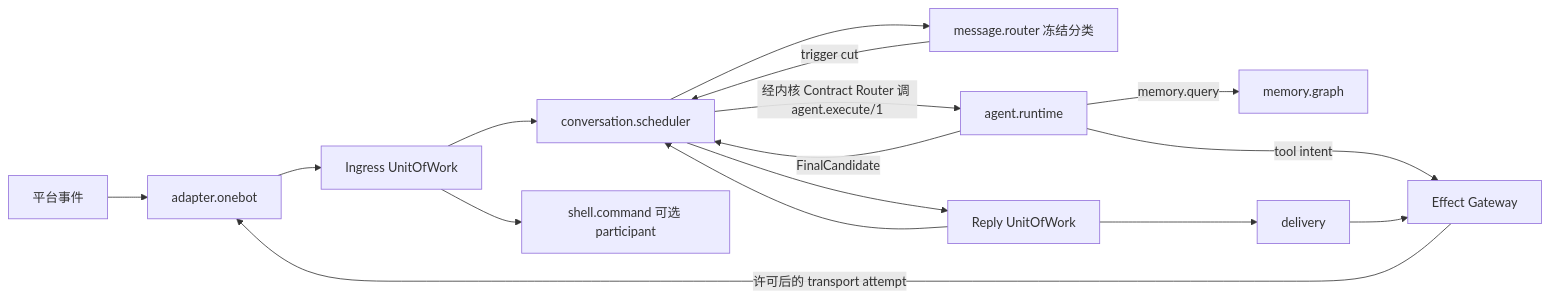
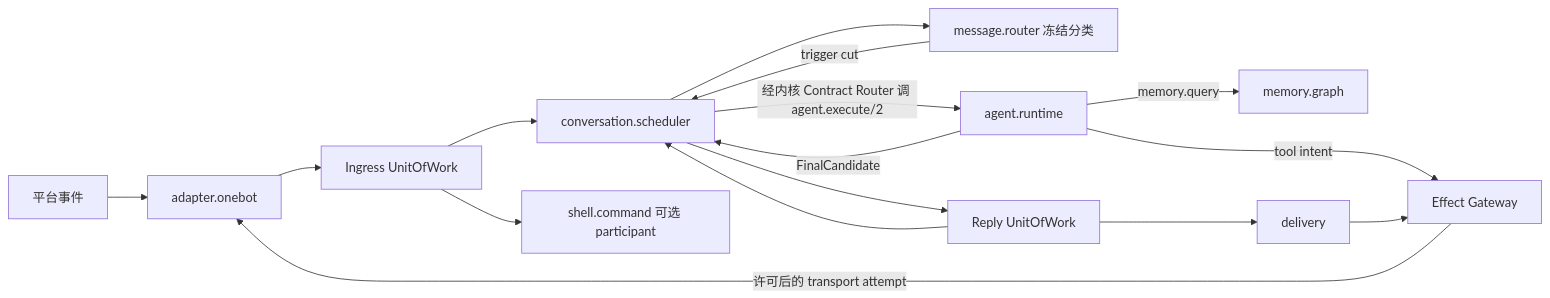
Before and after one commit to sjrsjz/forest: the diagram in doc/00-architecture-contract.md, drawn with Mermaid. The commit also changed 1 other file, not shown here.

Commit message:
docs(agent): replace host callbacks with package contracts

````diff
--- a/doc/00-architecture-contract.md
+++ b/doc/00-architecture-contract.md
@@ -107,18 +107,18 @@
 ```mermaid
 flowchart LR
   P[平台事件] --> A[adapter.onebot]
   A --> U1[Ingress UnitOfWork]
   U1 --> C[conversation.scheduler]
   U1 --> S[shell.command 可选 participant]
   C --> R[message.router 冻结分类]
   R -->|trigger cut| C
-  C -->|经内核 Contract Router 调 agent.execute/1| G[agent.runtime]
+  C -->|经内核 Contract Router 调 agent.execute/2| G[agent.runtime]
   G -->|memory.query| M[memory.graph]
   G -->|tool intent| E[Effect Gateway]
   G -->|FinalCandidate| C
   C --> U2[Reply UnitOfWork]
   U2 --> C
   U2 --> D[delivery]
   D --> E
   E -->|许可后的 transport attempt| A
 ```
````
